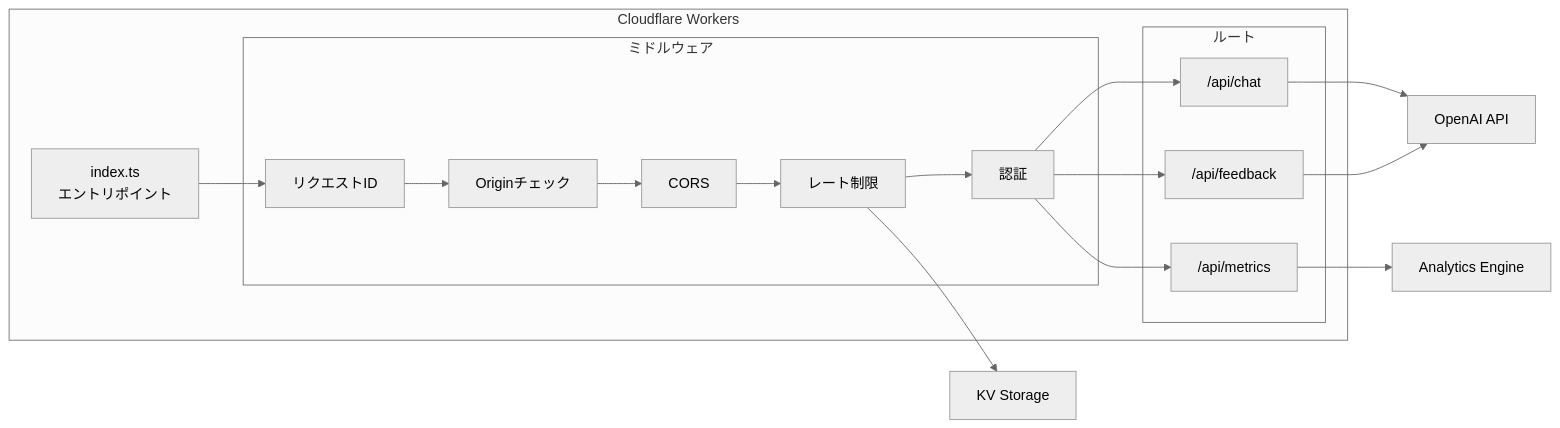
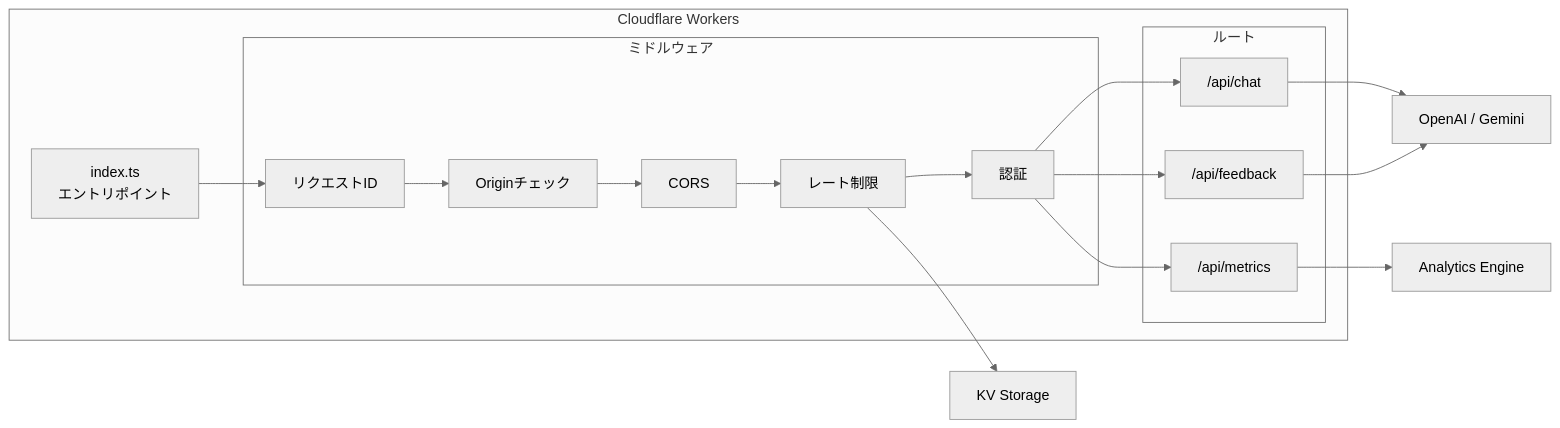
Before and after one commit to Ibar-Aki/solar-aldrin: the fifth of 16 diagrams in apps/v2-modern/docs/00_overview/00_Master_Technical_Reference.md, drawn with Mermaid (neutral theme). The commit also changed other lines of this file and 5 other files, not shown here.

````diff
--- a/apps/v2-modern/docs/00_overview/00_Master_Technical_Reference.md
+++ b/apps/v2-modern/docs/00_overview/00_Master_Technical_Reference.md
@@ -312,31 +350,31 @@
 ```mermaid
 graph LR
     subgraph "Cloudflare Workers"
         ENTRY[index.ts<br/>エントリポイント]
         
         subgraph "ミドルウェア"
             REQ[リクエストID]
             ORG[Originチェック]
             CORS[CORS]
             RL[レート制限]
             AUTH[認証]
         end
         
         subgraph "ルート"
             CHAT["/api/chat"]
             FB["/api/feedback"]
             MET["/api/metrics"]
         end
     end
     
-    OPENAI[OpenAI API]
+    AI[OpenAI / Gemini]
     KV[KV Storage]
     AE[Analytics Engine]
     
     ENTRY --> REQ --> ORG --> CORS --> RL --> AUTH
     AUTH --> CHAT & FB & MET
-    CHAT --> OPENAI
-    FB --> OPENAI
+    CHAT --> AI
+    FB --> AI
     MET --> AE
     RL --> KV
 ```
````
